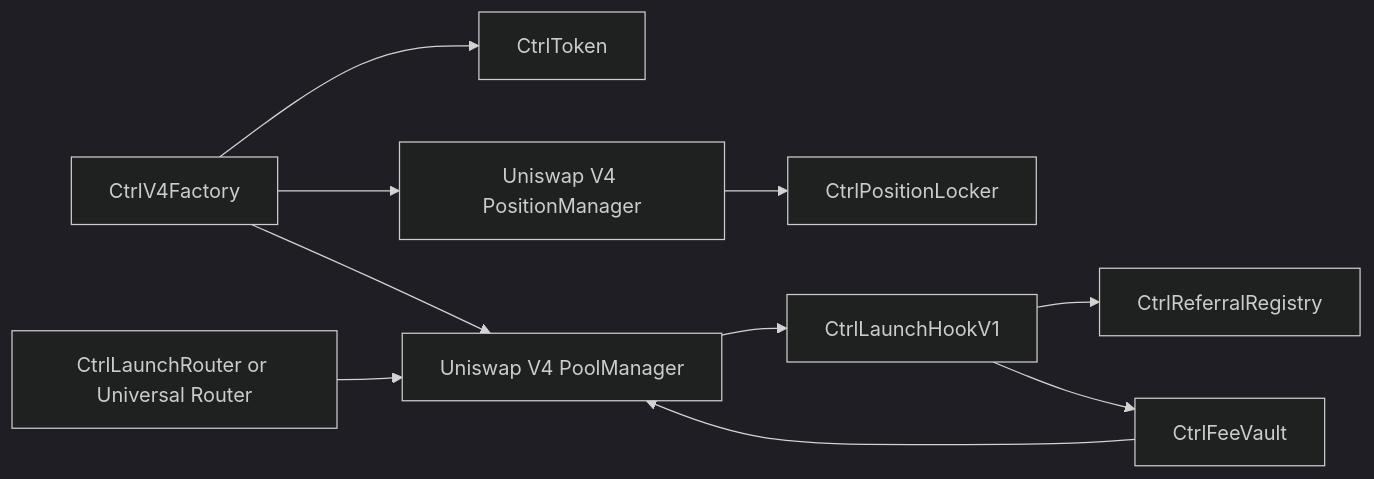
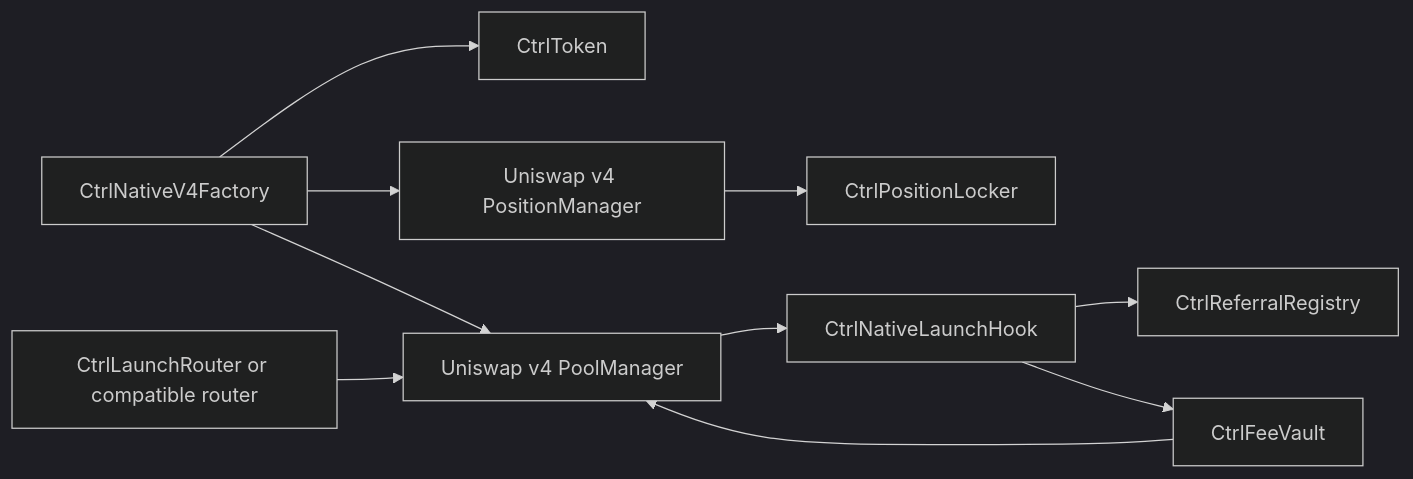
Before and after one commit to wanesurf/ctrl-immutable-hook: the diagram in README.md, drawn with Mermaid (dark theme). The commit also changed other lines of this file and 31 other files, not shown here.

````diff
--- a/README.md
+++ b/README.md
@@ -34,12 +126,12 @@
 ```mermaid
 flowchart LR
-    Factory[CtrlV4Factory] --> Token[CtrlToken]
-    Factory --> Manager[Uniswap V4 PoolManager]
-    Factory --> PositionManager[Uniswap V4 PositionManager]
+    Factory[CtrlNativeV4Factory] --> Token[CtrlToken]
+    Factory --> Manager[Uniswap v4 PoolManager]
+    Factory --> PositionManager[Uniswap v4 PositionManager]
     PositionManager --> Locker[CtrlPositionLocker]
-    Router[CtrlLaunchRouter or Universal Router] --> Manager
-    Manager --> Hook[CtrlLaunchHookV1]
+    Router[CtrlLaunchRouter or compatible router] --> Manager
+    Manager --> Hook[CtrlNativeLaunchHook]
     Hook --> Registry[CtrlReferralRegistry]
     Hook --> Vault[CtrlFeeVault]
     Vault --> Manager
 ```
````
